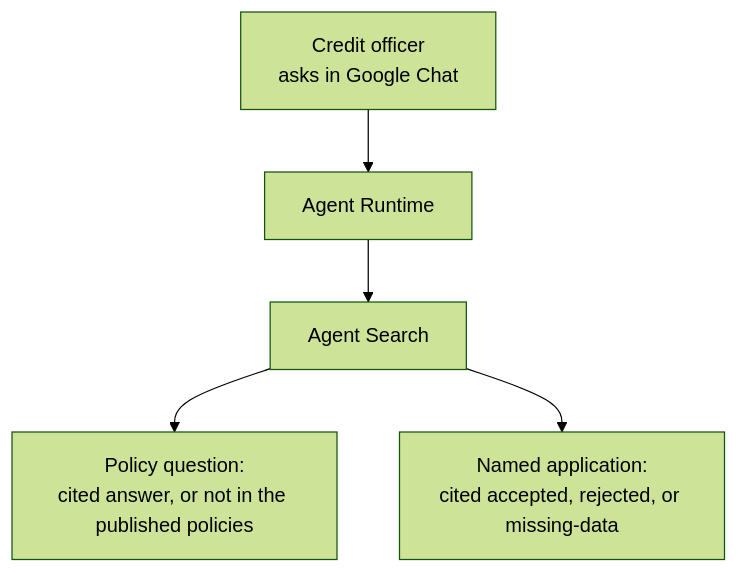
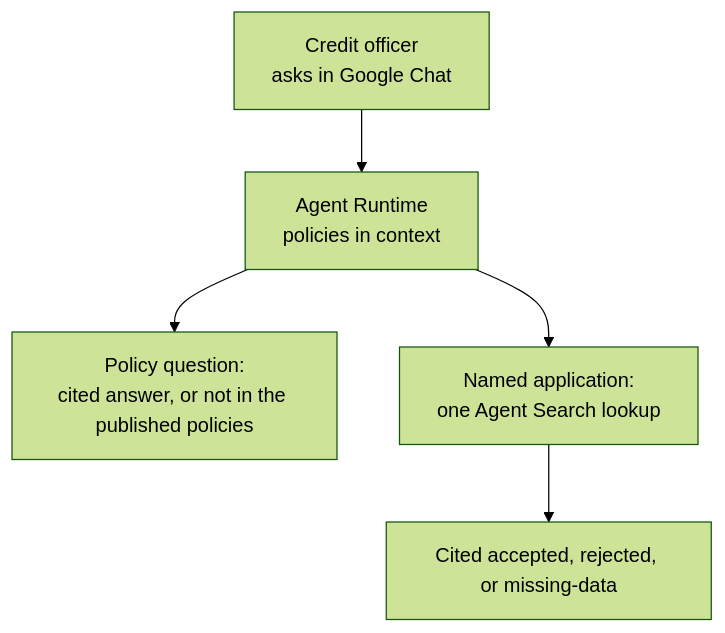
One commit to kborovik/google-gemini-platform changed the second of 3 diagrams in README.md. Above: the diagram before and after it, drawn with Mermaid (forest theme). The commit also changed other lines of this file and 13 other files, not shown here.

First line of the commit message:
Fold static policy pack and one application lookup (#1)

````diff
--- a/README.md
+++ b/README.md
@@ -44,7 +42,7 @@
 ```mermaid
 flowchart TB
-  A[Credit officer<br/>asks in Google Chat] --> B[Agent Runtime]
-  B --> C[Agent Search]
-  C --> D[Policy question:<br/>cited answer, or not in the published policies]
-  C --> E[Named application:<br/>cited accepted, rejected, or missing-data]
+  A[Credit officer<br/>asks in Google Chat] --> B[Agent Runtime<br/>policies in context]
+  B --> C[Policy question:<br/>cited answer, or not in the published policies]
+  B --> D[Named application:<br/>one Agent Search lookup]
+  D --> E[Cited accepted, rejected, or missing-data]
 ```
````
